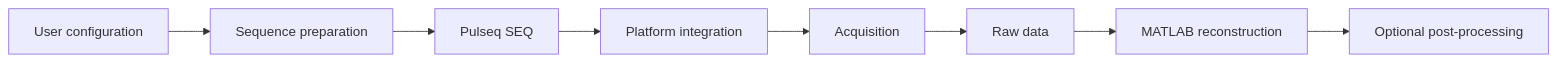
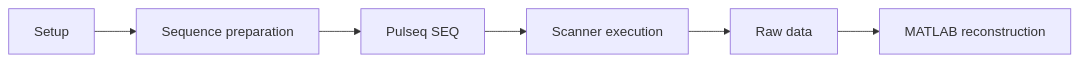
One commit to BennyZhang-Codes/tse-pulseq-matlab changed the diagram in docs/concepts-overview.md. Above: the diagram before and after it, drawn with Mermaid. The commit also changed other lines of this file, not shown here.

Commit message:
docs: shorten repository architecture overview

````diff
--- a/docs/concepts-overview.md
+++ b/docs/concepts-overview.md
@@ -5,10 +5,8 @@
 ```mermaid
 flowchart LR
-    A[User configuration] --> B[Sequence preparation]
+    A[Setup] --> B[Sequence preparation]
     B --> C[Pulseq SEQ]
-    C --> D[Platform integration]
-    D --> E[Acquisition]
-    E --> F[Raw data]
-    F --> G[MATLAB reconstruction]
-    G --> H[Optional post-processing]
+    C --> D[Scanner execution]
+    D --> E[Raw data]
+    E --> F[MATLAB reconstruction]
 ```
````
